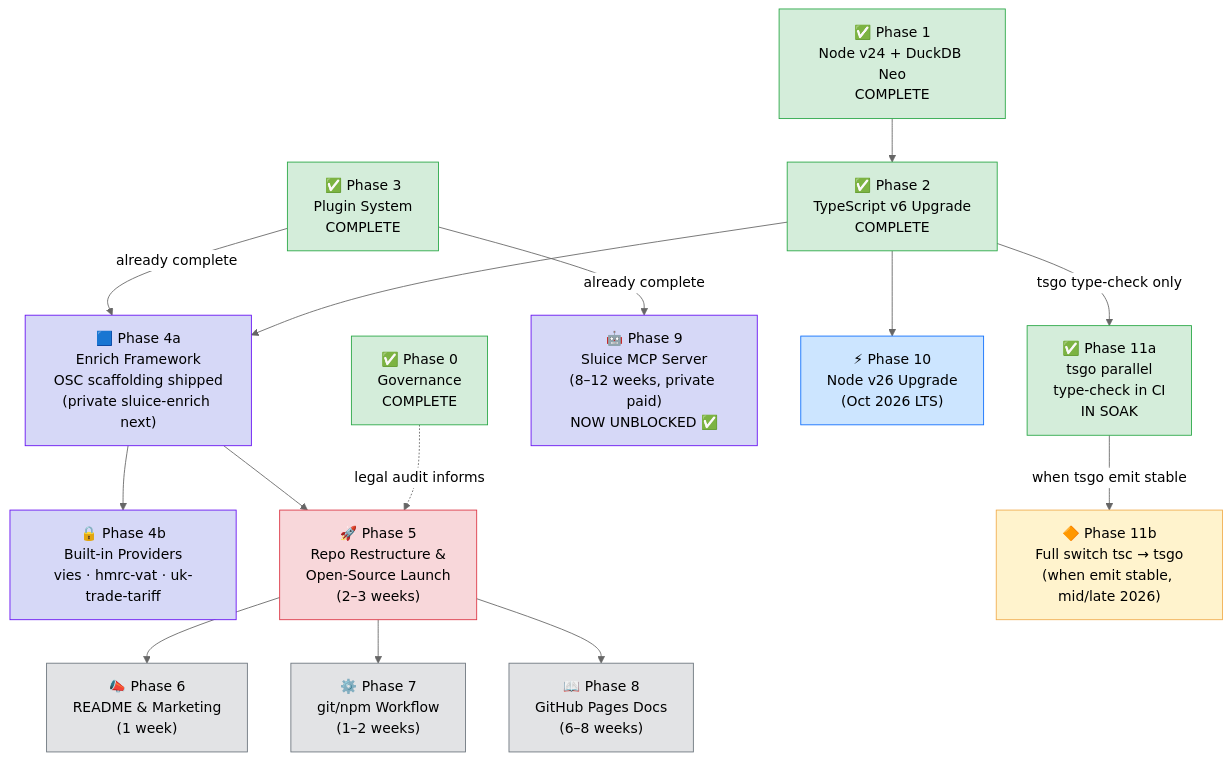
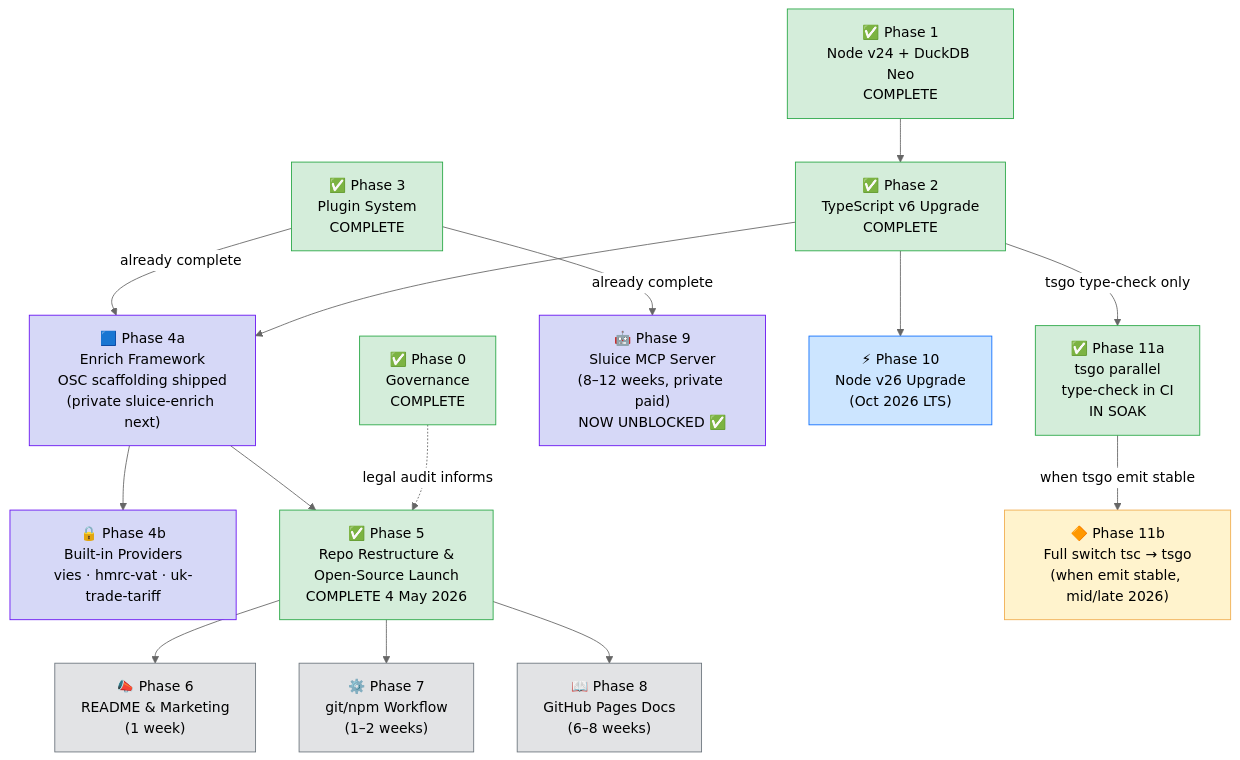
Before and after one commit to caracal-lynx/sluice: the second of 8 diagrams in docs/SLUICE-IMPLEMENTATION-PLAN.md, drawn with Mermaid (neutral theme). The commit also changed other lines of this file, not shown here.

First line of the commit message:
[docs/post-phase-5-status] - 📝 Mark Phase 5 (open-source launch) complete in implementation plan (#23)

````diff
--- a/docs/SLUICE-IMPLEMENTATION-PLAN.md
+++ b/docs/SLUICE-IMPLEMENTATION-PLAN.md
@@ -137,46 +137,46 @@
 ```mermaid
 flowchart TD
     P0["✅ Phase 0<br/>Governance<br/>COMPLETE"]
     P1["✅ Phase 1<br/>Node v24 + DuckDB Neo<br/>COMPLETE"]
     P2["✅ Phase 2<br/>TypeScript v6 Upgrade<br/>COMPLETE"]
     P3["✅ Phase 3<br/>Plugin System<br/>COMPLETE"]
     P4A["🟦 Phase 4a<br/>Enrich Framework<br/>OSC scaffolding shipped<br/>(private sluice-enrich next)"]
     P4B["🔒 Phase 4b<br/>Built-in Providers<br/>vies · hmrc-vat · uk-trade-tariff"]
-    P5["🚀 Phase 5<br/>Repo Restructure &<br/>Open-Source Launch<br/>(2–3 weeks)"]
+    P5["✅ Phase 5<br/>Repo Restructure &<br/>Open-Source Launch<br/>COMPLETE 4 May 2026"]
     P6["📣 Phase 6<br/>README & Marketing<br/>(1 week)"]
     P7["⚙️ Phase 7<br/>git/npm Workflow<br/>(1–2 weeks)"]
     P8["📖 Phase 8<br/>GitHub Pages Docs<br/>(6–8 weeks)"]
     P9["🤖 Phase 9<br/>Sluice MCP Server<br/>(8–12 weeks, private paid)<br/>NOW UNBLOCKED ✅"]
     P10["⚡ Phase 10<br/>Node v26 Upgrade<br/>(Oct 2026 LTS)"]
     P11A["✅ Phase 11a<br/>tsgo parallel<br/>type-check in CI<br/>IN SOAK"]
     P11B["🔶 Phase 11b<br/>Full switch tsc → tsgo<br/>(when emit stable, mid/late 2026)"]
 
     P0 -.->|legal audit informs| P5
     P1 --> P2
     P2 -->|tsgo type-check only| P11A
     P2 --> P4A
     P3 -->|already complete| P4A
     P3 -->|already complete| P9
     P4A --> P4B
     P4A --> P5
     P5 --> P6
     P5 --> P7
     P5 --> P8
     P2 --> P10
     P11A -->|when tsgo emit stable| P11B
 
     style P0 fill:#d4edda,stroke:#28a745
     style P1 fill:#d4edda,stroke:#28a745
     style P2 fill:#d4edda,stroke:#28a745
     style P3 fill:#d4edda,stroke:#28a745
     style P4A fill:#d6d8f7,stroke:#6610f2
     style P4B fill:#d6d8f7,stroke:#6610f2
-    style P5 fill:#f8d7da,stroke:#dc3545
+    style P5 fill:#d4edda,stroke:#28a745
     style P6 fill:#e2e3e5,stroke:#6c757d
     style P7 fill:#e2e3e5,stroke:#6c757d
     style P8 fill:#e2e3e5,stroke:#6c757d
     style P9 fill:#d6d8f7,stroke:#6610f2
     style P10 fill:#cce5ff,stroke:#0d6efd
     style P11A fill:#d4edda,stroke:#28a745
     style P11B fill:#fff3cd,stroke:#f0ad4e
 ```
````
